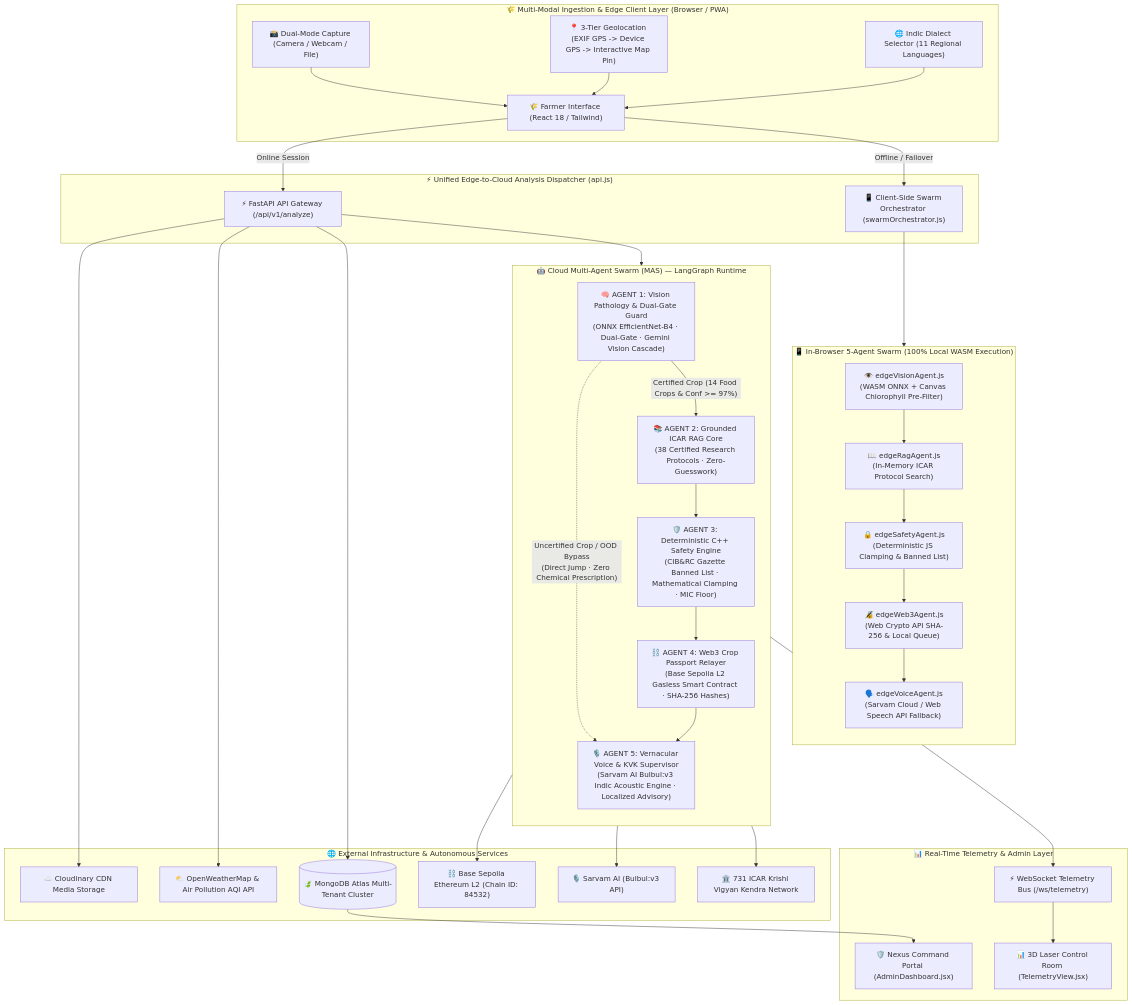
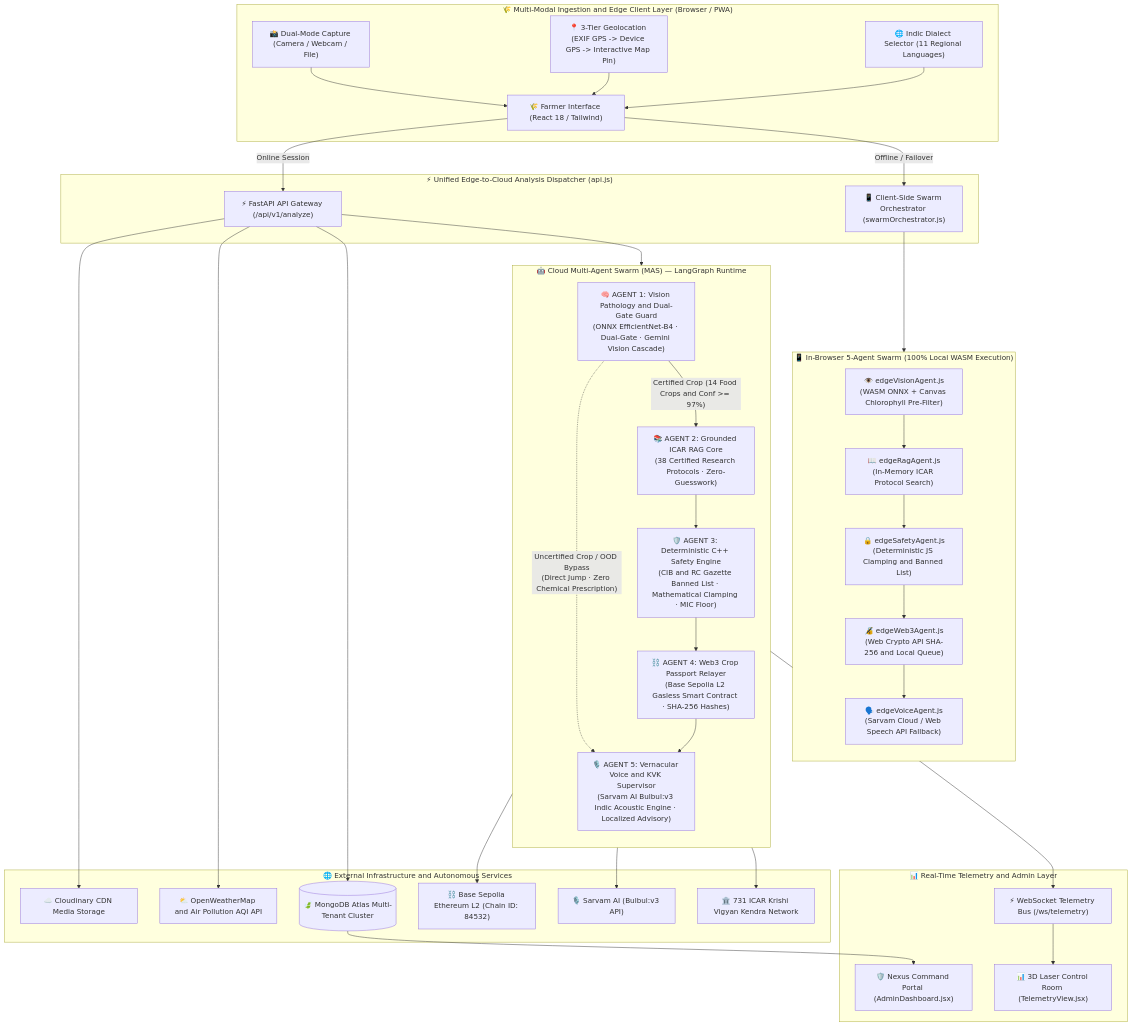
One commit to Player1205/AgriNexus changed the first of 4 diagrams in ARCHITECTURE.md. Above: the diagram before and after it, drawn with Mermaid. The commit also changed other lines of this file and 2 other files, not shown here.

Commit message:
docs(render): fix GitHub KaTeX math mode and Mermaid sequence syntax errors

````diff
--- a/ARCHITECTURE.md
+++ b/ARCHITECTURE.md
@@ -33,68 +33,68 @@
 ```mermaid
 flowchart TD
-    subgraph INGESTION ["🌾 Multi-Modal Ingestion & Edge Client Layer (Browser / PWA)"]
+    subgraph INGESTION ["🌾 Multi-Modal Ingestion and Edge Client Layer (Browser / PWA)"]
         UI["🌾 Farmer Interface (React 18 / Tailwind)"]
         CAM["📸 Dual-Mode Capture (Camera / Webcam / File)"]
         GEO["📍 3-Tier Geolocation (EXIF GPS -> Device GPS -> Interactive Map Pin)"]
         LANG["🌐 Indic Dialect Selector (11 Regional Languages)"]
         CAM --> UI
         GEO --> UI
         LANG --> UI
     end
 
     subgraph DISPATCH ["⚡ Unified Edge-to-Cloud Analysis Dispatcher (api.js)"]
         UI -->|Online Session| GW["⚡ FastAPI API Gateway (/api/v1/analyze)"]
         UI -->|Offline / Failover| OFFLINE["📱 Client-Side Swarm Orchestrator (swarmOrchestrator.js)"]
     end
 
     subgraph CLOUD_SWARM ["🤖 Cloud Multi-Agent Swarm (MAS) — LangGraph Runtime"]
         direction TB
-        V1["🧠 AGENT 1: Vision Pathology & Dual-Gate Guard\n(ONNX EfficientNet-B4 · Dual-Gate · Gemini Vision Cascade)"]
+        V1["🧠 AGENT 1: Vision Pathology and Dual-Gate Guard\n(ONNX EfficientNet-B4 · Dual-Gate · Gemini Vision Cascade)"]
         
         %% Conditional Early Exit
-        V1 -- "Certified Crop (14 Food Crops & Conf >= 97%)" --> R2["📚 AGENT 2: Grounded ICAR RAG Core\n(38 Certified Research Protocols · Zero-Guesswork)"]
+        V1 -- "Certified Crop (14 Food Crops and Conf >= 97%)" --> R2["📚 AGENT 2: Grounded ICAR RAG Core\n(38 Certified Research Protocols · Zero-Guesswork)"]
         V1 -. "Uncertified Crop / OOD Bypass\n(Direct Jump · Zero Chemical Prescription)" .-> VO5
         
-        R2 --> S3["🛡️ AGENT 3: Deterministic C++ Safety Engine\n(CIB&RC Gazette Banned List · Mathematical Clamping · MIC Floor)"]
+        R2 --> S3["🛡️ AGENT 3: Deterministic C++ Safety Engine\n(CIB and RC Gazette Banned List · Mathematical Clamping · MIC Floor)"]
         S3 --> W4["⛓️ AGENT 4: Web3 Crop Passport Relayer\n(Base Sepolia L2 Gasless Smart Contract · SHA-256 Hashes)"]
-        W4 --> VO5["🎙️ AGENT 5: Vernacular Voice & KVK Supervisor\n(Sarvam AI Bulbul:v3 Indic Acoustic Engine · Localized Advisory)"]
+        W4 --> VO5["🎙️ AGENT 5: Vernacular Voice and KVK Supervisor\n(Sarvam AI Bulbul:v3 Indic Acoustic Engine · Localized Advisory)"]
     end
 
     subgraph OFFLINE_SWARM ["📱 In-Browser 5-Agent Swarm (100% Local WASM Execution)"]
         direction TB
         EV1["👁️ edgeVisionAgent.js\n(WASM ONNX + Canvas Chlorophyll Pre-Filter)"]
         ER2["📖 edgeRagAgent.js\n(In-Memory ICAR Protocol Search)"]
-        ES3["🔒 edgeSafetyAgent.js\n(Deterministic JS Clamping & Banned List)"]
-        EW4["🔏 edgeWeb3Agent.js\n(Web Crypto API SHA-256 & Local Queue)"]
+        ES3["🔒 edgeSafetyAgent.js\n(Deterministic JS Clamping and Banned List)"]
+        EW4["🔏 edgeWeb3Agent.js\n(Web Crypto API SHA-256 and Local Queue)"]
         EV5["🗣️ edgeVoiceAgent.js\n(Sarvam Cloud / Web Speech API Fallback)"]
         
         EV1 --> ER2 --> ES3 --> EW4 --> EV5
     end
 
-    subgraph EXTERNAL ["🌐 External Infrastructure & Autonomous Services"]
-        OWM["⛅ OpenWeatherMap & Air Pollution AQI API"]
+    subgraph EXTERNAL ["🌐 External Infrastructure and Autonomous Services"]
+        OWM["⛅ OpenWeatherMap and Air Pollution AQI API"]
         CLD["☁️ Cloudinary CDN Media Storage"]
         MDB[("🍃 MongoDB Atlas Multi-Tenant Cluster")]
         BASE["⛓️ Base Sepolia Ethereum L2 (Chain ID: 84532)"]
         SRV["🎙️ Sarvam AI (Bulbul:v3 API)"]
         KVK["🏛️ 731 ICAR Krishi Vigyan Kendra Network"]
     end
 
-    subgraph TELEMETRY ["📊 Real-Time Telemetry & Admin Layer"]
+    subgraph TELEMETRY ["📊 Real-Time Telemetry and Admin Layer"]
         WS["⚡ WebSocket Telemetry Bus (/ws/telemetry)"]
         DASH["📊 3D Laser Control Room (TelemetryView.jsx)"]
         ADM["🛡️ Nexus Command Portal (AdminDashboard.jsx)"]
     end
 
     GW --> CLD
     GW --> OWM
     GW --> CLOUD_SWARM
     CLOUD_SWARM --> BASE
     CLOUD_SWARM --> SRV
     CLOUD_SWARM --> KVK
     CLOUD_SWARM --> WS
     WS --> DASH
     GW --> MDB
     MDB --> ADM
     OFFLINE --> OFFLINE_SWARM
 ```
````
